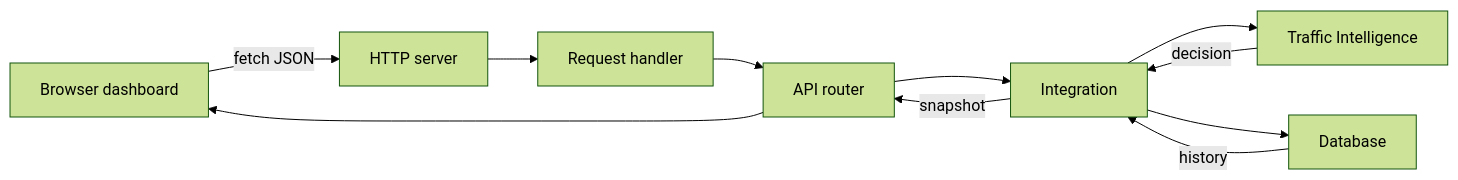
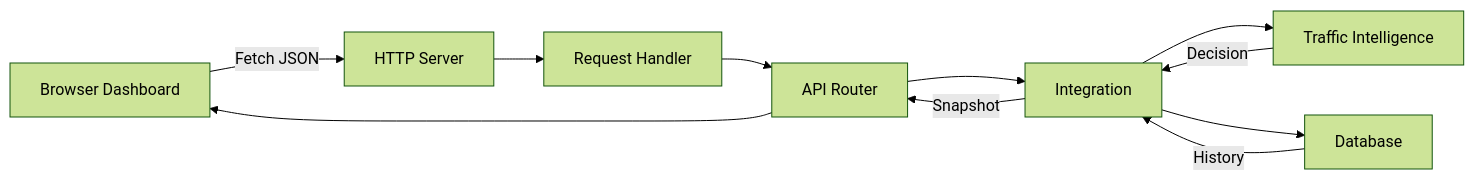
The first of 2 diagrams in README.md (palakbisht12/adaptive-traffic-managment-system), drawn with Mermaid (forest theme) before and after one commit. The commit also changed other lines of this file, not shown here.

````diff
--- a/README.md
+++ b/README.md
@@ -58,13 +67,13 @@
 ```mermaid
 flowchart LR
-    A[Browser dashboard] -->|fetch JSON| B[HTTP server]
-    B --> C[Request handler]
-    C --> D[API router]
+    A[Browser Dashboard] -->|Fetch JSON| B[HTTP Server]
+    B --> C[Request Handler]
+    C --> D[API Router]
     D --> E[Integration]
     E --> F[Traffic Intelligence]
     E --> G[Database]
-    F -->|decision| E
-    G -->|history| E
-    E -->|snapshot| D
+    F -->|Decision| E
+    G -->|History| E
+    E -->|Snapshot| D
     D --> A
 ```
````
